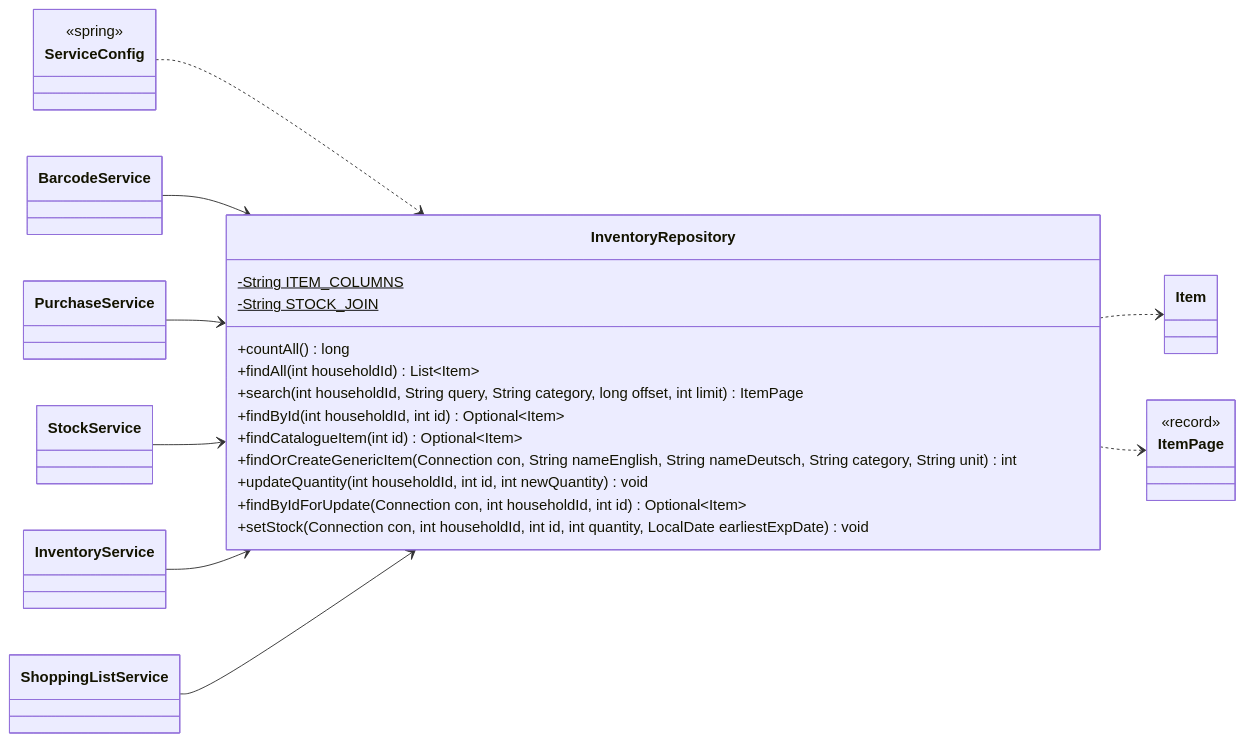
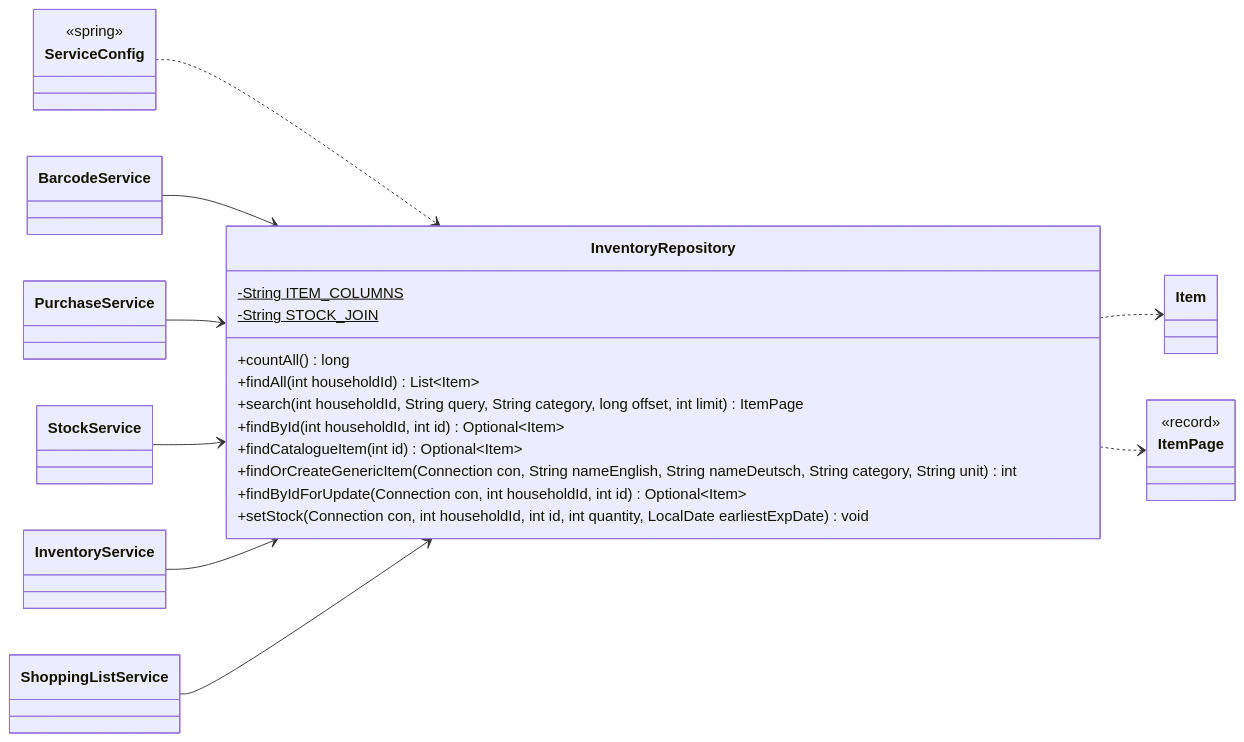
One commit to Nate-ryan-7690/dahaem changed the second of 5 diagrams in docs/classes/inventory.md. Above: the diagram before and after it, drawn with Mermaid. The commit also changed other lines of this file and 2 other files, not shown here.

Commit message:
Regenerate generated docs (approved in CI)

````diff
--- a/docs/classes/inventory.md
+++ b/docs/classes/inventory.md
@@ -44,37 +44,36 @@
 ```mermaid
 classDiagram
     direction LR
     class inventory_InventoryRepository["InventoryRepository"] {
         -String ITEM_COLUMNS$
         -String STOCK_JOIN$
         +countAll() long
         +findAll(int householdId) List~Item~
         +search(int householdId, String query, String category, long offset, int limit) ItemPage
         +findById(int householdId, int id) Optional~Item~
         +findCatalogueItem(int id) Optional~Item~
         +findOrCreateGenericItem(Connection con, String nameEnglish, String nameDeutsch, String category, String unit) int
-        +updateQuantity(int householdId, int id, int newQuantity) void
         +findByIdForUpdate(Connection con, int householdId, int id) Optional~Item~
         +setStock(Connection con, int householdId, int id, int quantity, LocalDate earliestExpDate) void
     }
     class barcode_BarcodeService["BarcodeService"]
     class finance_PurchaseService["PurchaseService"]
     class finance_StockService["StockService"]
     class inventory_InventoryService["InventoryService"]
     class shopping_ShoppingListService["ShoppingListService"]
     class inventory_Item["Item"]
     class inventory_ItemPage["ItemPage"] {
         <<record>>
     }
     class api_ServiceConfig["ServiceConfig"] {
         <<spring>>
     }
     inventory_InventoryRepository ..> inventory_Item
     inventory_InventoryRepository ..> inventory_ItemPage
     api_ServiceConfig ..> inventory_InventoryRepository
     barcode_BarcodeService --> inventory_InventoryRepository
     finance_PurchaseService --> inventory_InventoryRepository
     finance_StockService --> inventory_InventoryRepository
     inventory_InventoryService --> inventory_InventoryRepository
     shopping_ShoppingListService --> inventory_InventoryRepository
 ```
````
